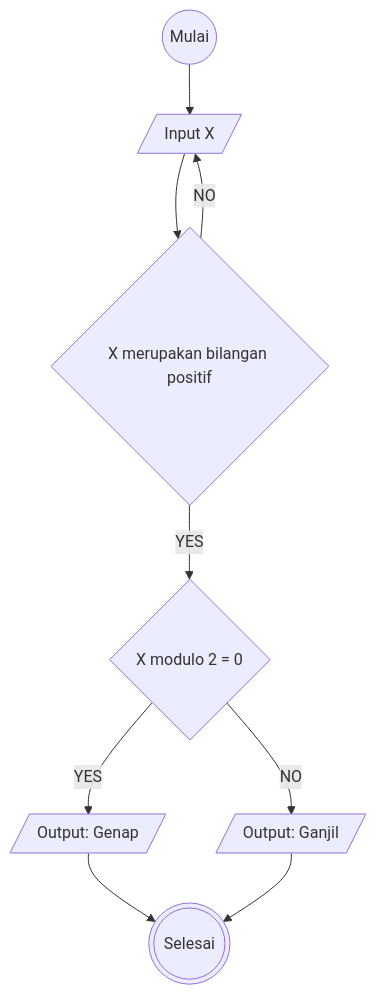
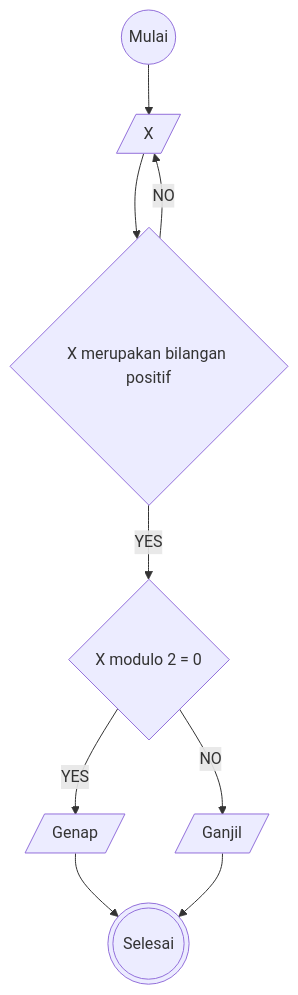
Before and after one commit to mdavindarinaldy/fgo24-algoritma: the diagram in minitask-ganjil-genap.md, drawn with Mermaid.

````diff
--- a/minitask-ganjil-genap.md
+++ b/minitask-ganjil-genap.md
@@ -17,16 +17,16 @@
 ```mermaid
 flowchart TD
 A((Mulai))
-B[/Input X/]
+B[/X/]
 C{X merupakan bilangan positif}
 D{X modulo 2 = 0}
-E[/Output: Genap/]
-F[/Output: Ganjil/]
+E[/"Genap"/]
+F[/"Ganjil"/]
 G(((Selesai)))
 
 A --> B --> C --YES--> D
 C --NO--> B
 D --YES--> E
 D --NO--> F
 E & F --> G
 ```
````
